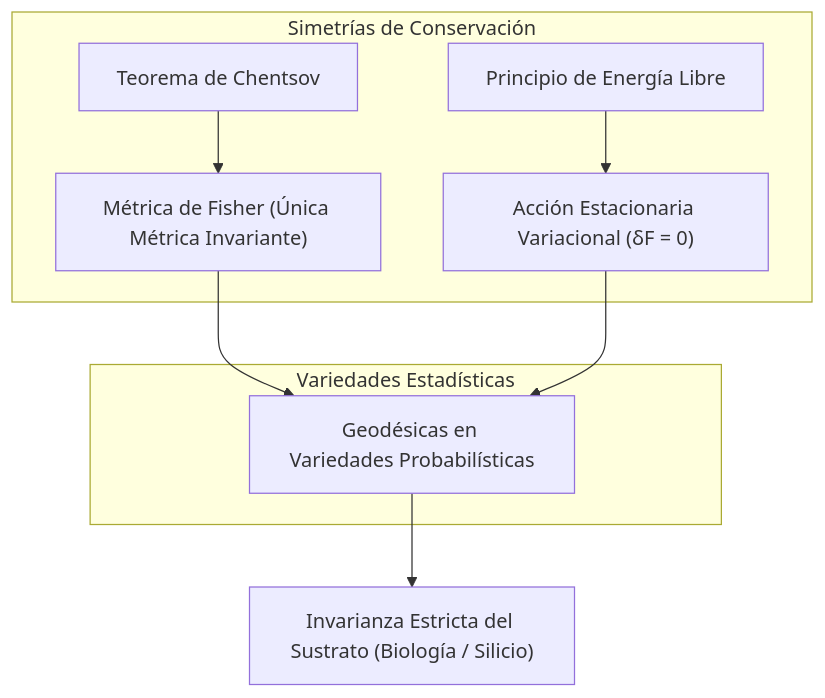
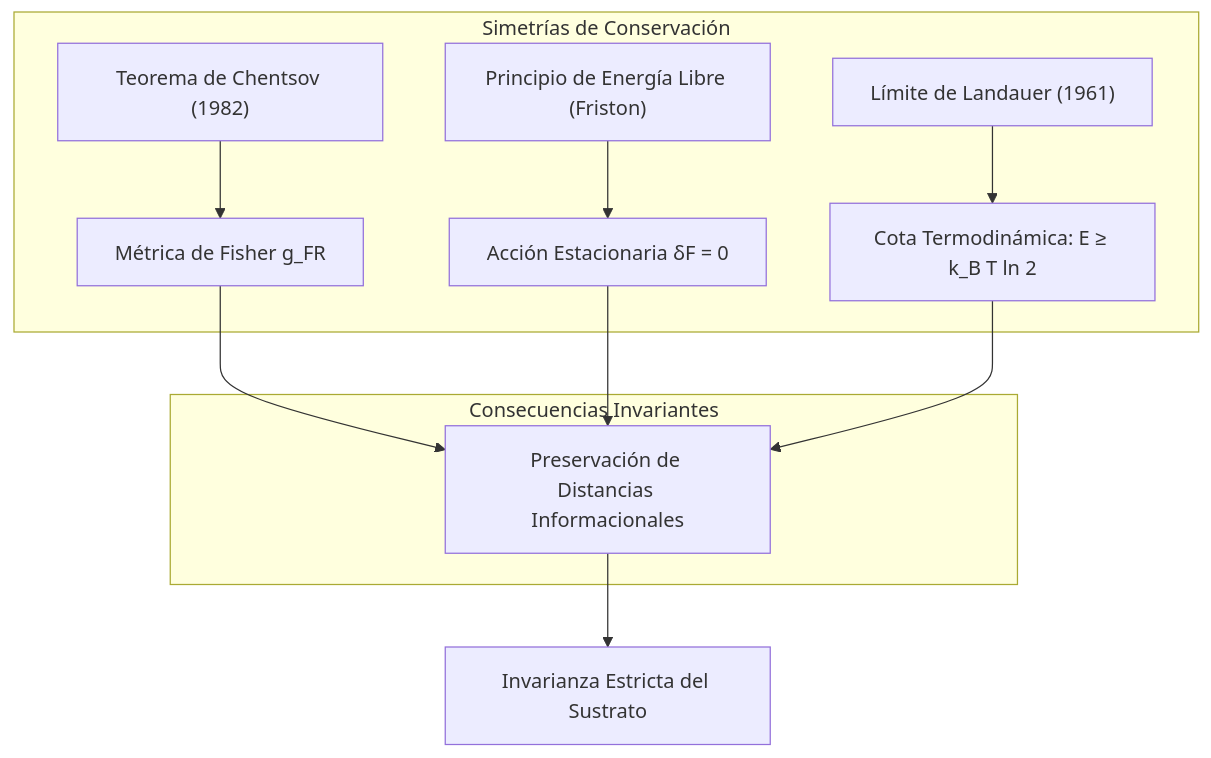
One commit to borjamoskv/BABYLON-60 changed the second of 4 diagrams in 1_Operaciones_Activas/02_CORTEX_ENGINE/CTM_WHITEPAPER.md. Above: the diagram before and after it, drawn with Mermaid. The commit also changed other lines of this file, not shown here.

Commit message:
refactor: update CTM to v3.1 and formalize architectural axioms using category theory, including Yoneda Lemma, colimits, and polynomial coalgebras

````diff
--- a/1_Operaciones_Activas/02_CORTEX_ENGINE/CTM_WHITEPAPER.md
+++ b/1_Operaciones_Activas/02_CORTEX_ENGINE/CTM_WHITEPAPER.md
@@ -99,14 +143,16 @@
 ```mermaid
 graph TB
     subgraph Simetrías de Conservación
-        C["Teorema de Chentsov"] --> Fisher["Métrica de Fisher (Única Métrica Invariante)"]
-        FEP["Principio de Energía Libre"] --> Action["Acción Estacionaria Variacional (δF = 0)"]
+        C["Teorema de Chentsov (1982)"] --> Fisher["Métrica de Fisher g_FR"]
+        FEP["Principio de Energía Libre (Friston)"] --> Action["Acción Estacionaria δF = 0"]
+        Landauer["Límite de Landauer (1961)"] --> Thermo["Cota Termodinámica: E ≥ k_B T ln 2"]
     end
 
-    subgraph Variedades Estadísticas
-        Fisher --> Geodesic["Geodésicas en Variedades Probabilísticas"]
-        Action --> Geodesic
+    subgraph Consecuencias Invariantes
+        Fisher --> Preserve["Preservación de Distancias Informacionales"]
+        Action --> Preserve
+        Thermo --> Preserve
     end
 
-    Geodesic --> Substrate["Invarianza Estricta del Sustrato (Biología / Silicio)"]
+    Preserve --> Universal["Invarianza Estricta del Sustrato"]
 ```
````
